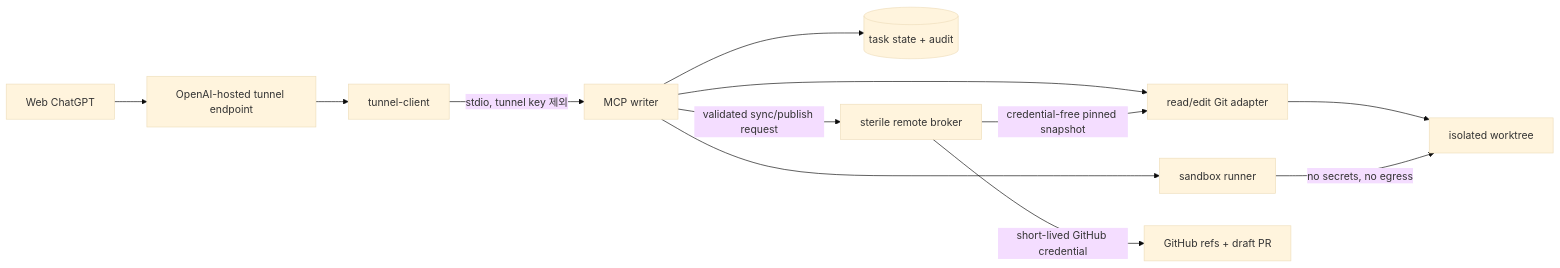
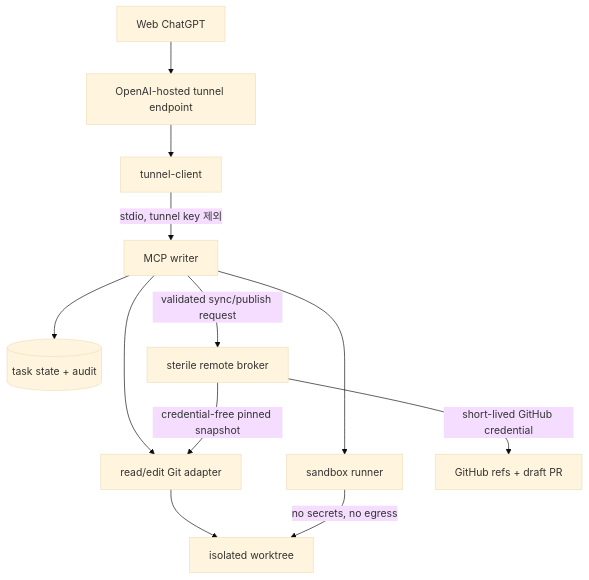
The diagram in docs/git-writer-plan.md (firewine/webgpt), drawn with Mermaid (base theme) before and after one commit. The commit also changed other lines of this file and 5 other files, not shown here.

````diff
--- a/docs/git-writer-plan.md
+++ b/docs/git-writer-plan.md
@@ -88,14 +88,14 @@
 ```mermaid
-flowchart LR
+flowchart TD
     U[Web ChatGPT] --> O[OpenAI-hosted tunnel endpoint]
     O --> T[tunnel-client]
     T -->|stdio, tunnel key 제외| W[MCP writer]
     W --> S[(task state + audit)]
     W --> G[read/edit Git adapter]
     G --> X[isolated worktree]
     W --> R[sandbox runner]
     R -->|no secrets, no egress| X
     W -->|validated sync/publish request| P[sterile remote broker]
     P -->|short-lived GitHub credential| H[GitHub refs + draft PR]
     P -->|credential-free pinned snapshot| G
 ```
````
